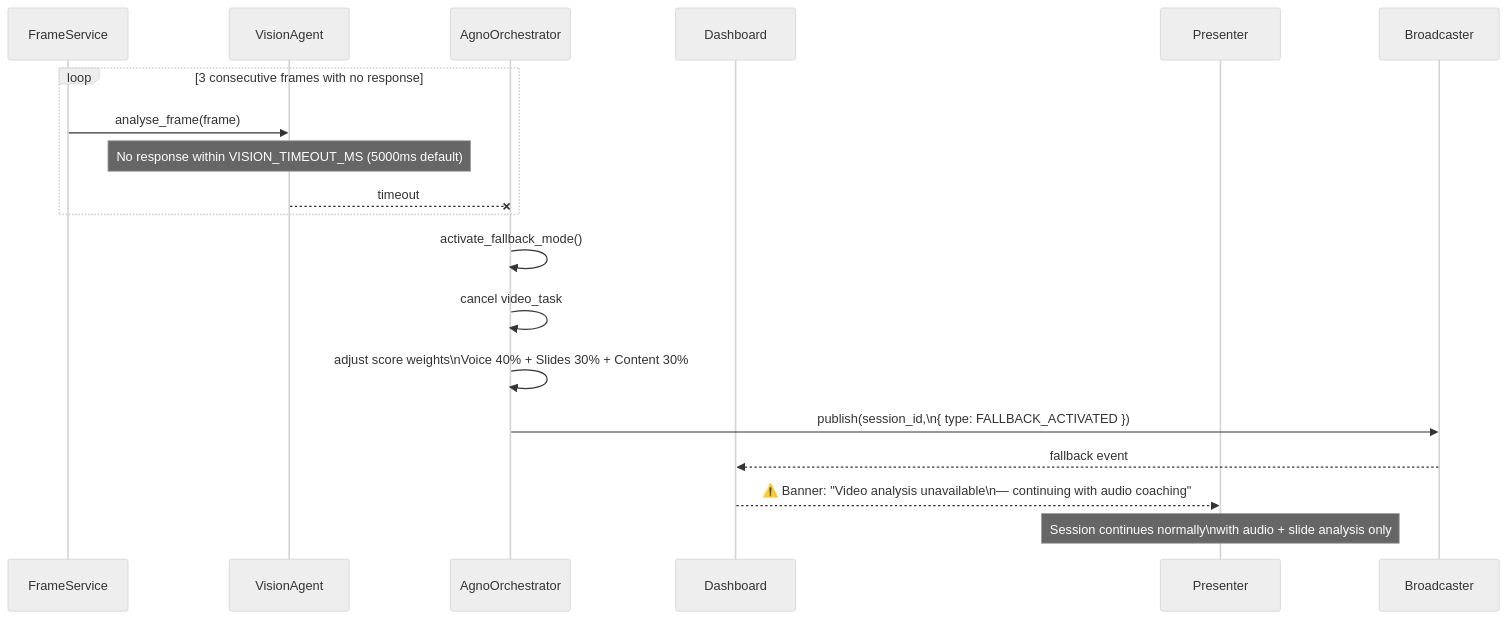
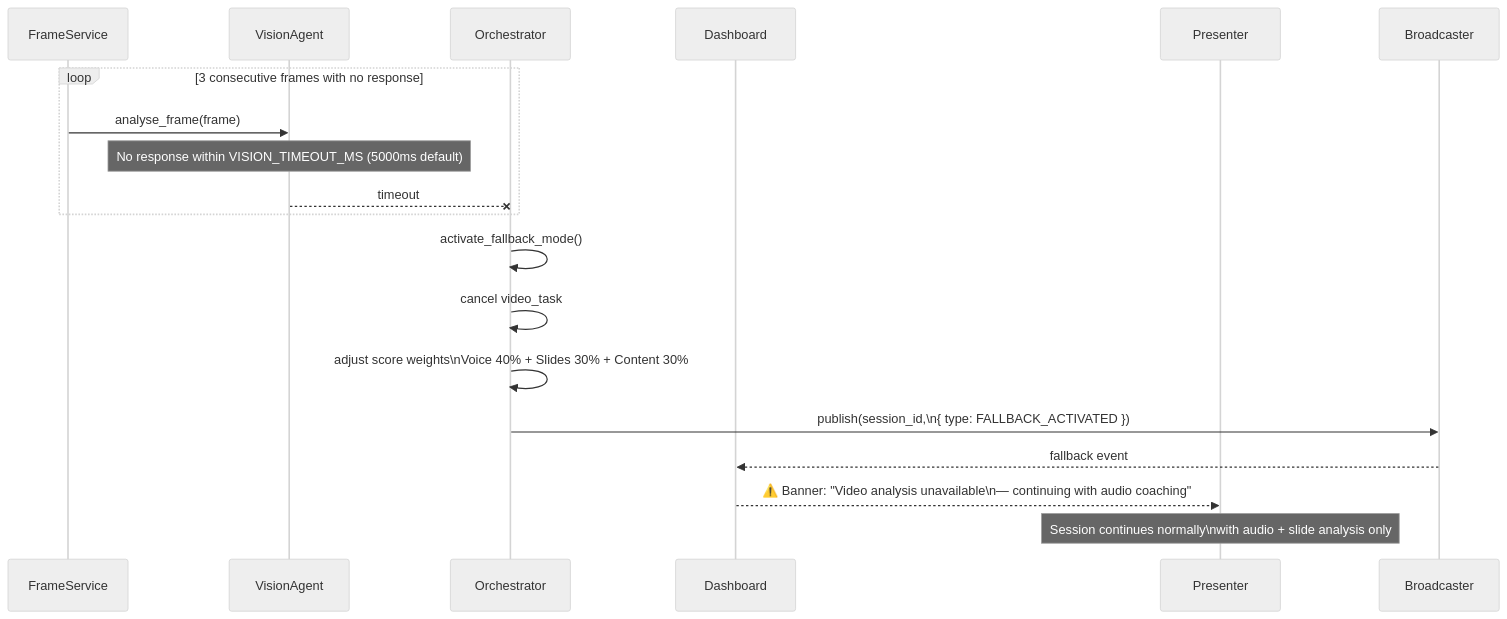
One commit to ColombusAH/octoprep2000 changed the sixth of 6 diagrams in docs/TECH-ARCHITECTURE-C4.md. Above: the diagram before and after it, drawn with Mermaid (neutral theme). The commit also changed other lines of this file and 9 other files, not shown here.

````diff
--- a/docs/TECH-ARCHITECTURE-C4.md
+++ b/docs/TECH-ARCHITECTURE-C4.md
@@ -373,22 +373,22 @@
 ```mermaid
 sequenceDiagram
     participant FrameSvc as FrameService
     participant VisionAgent
-    participant Orchestrator as AgnoOrchestrator
+    participant Orchestrator
     participant Dashboard
     participant Presenter
 
     loop 3 consecutive frames with no response
         FrameSvc->>VisionAgent: analyse_frame(frame)
         Note over VisionAgent: No response within VISION_TIMEOUT_MS (5000ms default)
         VisionAgent--xOrchestrator: timeout
     end
 
     Orchestrator->>Orchestrator: activate_fallback_mode()
     Orchestrator->>Orchestrator: cancel video_task
     Orchestrator->>Orchestrator: adjust score weights\nVoice 40% + Slides 30% + Content 30%
     Orchestrator->>Broadcaster: publish(session_id,\n{ type: FALLBACK_ACTIVATED })
     Broadcaster-->>Dashboard: fallback event
     Dashboard-->>Presenter: ⚠️ Banner: "Video analysis unavailable\n— continuing with audio coaching"
     Note over Presenter: Session continues normally\nwith audio + slide analysis only
 ```
````
